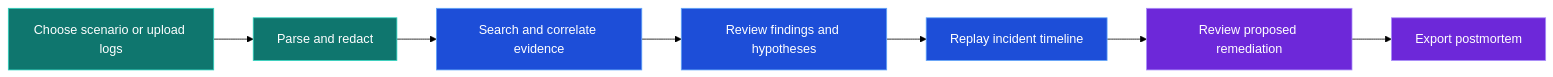
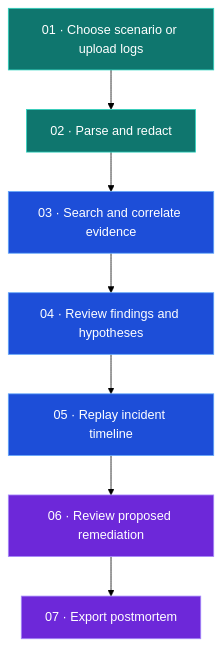
The first of 3 diagrams in README.md (manikumarkundena/traceanvaya), drawn with Mermaid (forest theme) before and after one commit. The commit also changed other lines of this file, not shown here.

````diff
--- a/README.md
+++ b/README.md
@@ -32,15 +62,15 @@
 ```mermaid
-flowchart LR
-    A["Choose scenario or upload logs"] --> B["Parse and redact"]
-    B --> C["Search and correlate evidence"]
-    C --> D["Review findings and hypotheses"]
-    D --> E["Replay incident timeline"]
-    E --> F["Review proposed remediation"]
-    F --> G["Export postmortem"]
+flowchart TD
+    A["01 · Choose scenario or upload logs"] --> B["02 · Parse and redact"]
+    B --> C["03 · Search and correlate evidence"]
+    C --> D["04 · Review findings and hypotheses"]
+    D --> E["05 · Replay incident timeline"]
+    E --> F["06 · Review proposed remediation"]
+    F --> G["07 · Export postmortem"]
     classDef input fill:#0f766e,stroke:#2dd4bf,color:#ffffff
     classDef analysis fill:#1d4ed8,stroke:#60a5fa,color:#ffffff
     classDef review fill:#6d28d9,stroke:#a78bfa,color:#ffffff
     class A,B input
     class C,D,E analysis
     class F,G review
 ```
````
